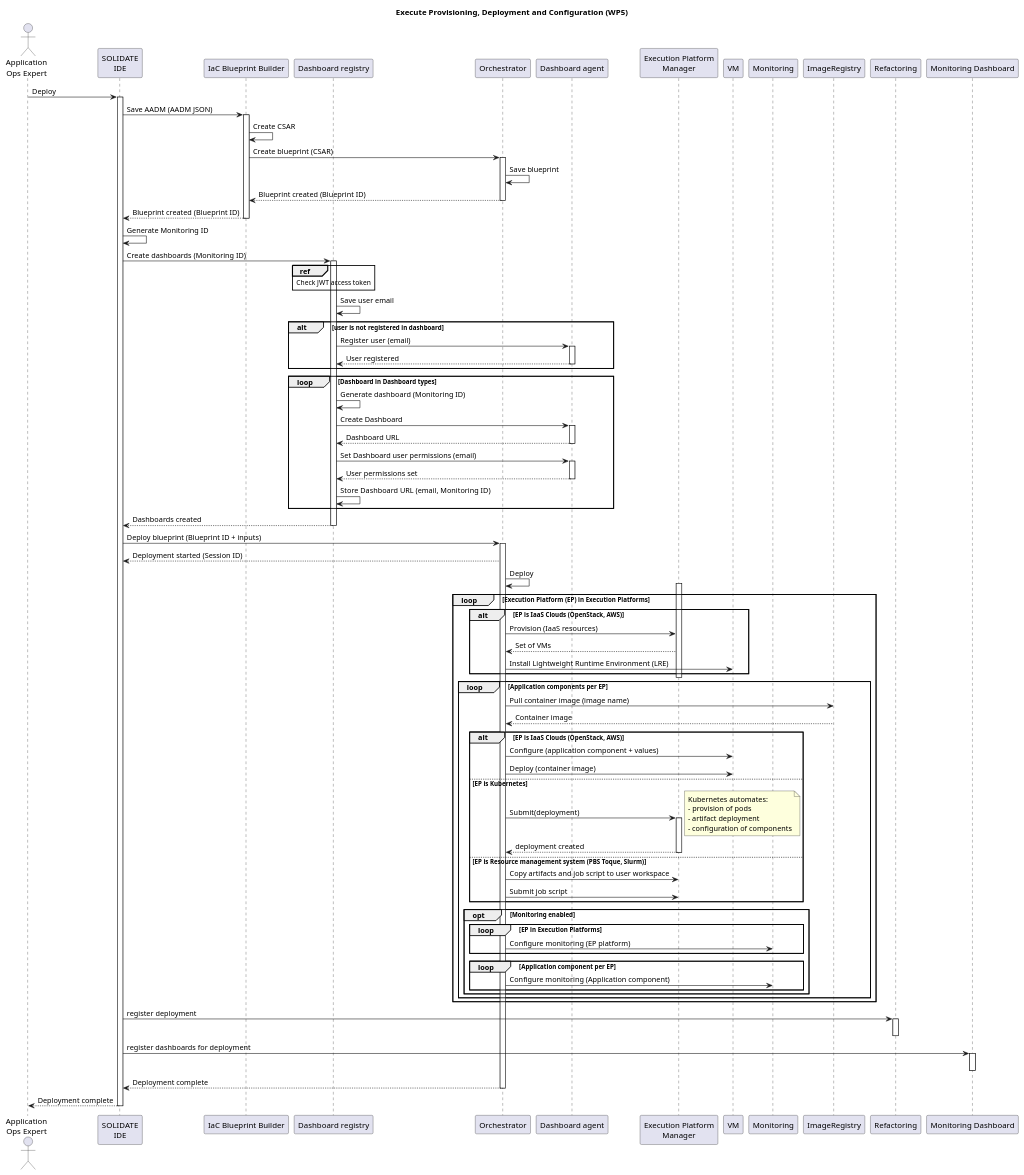
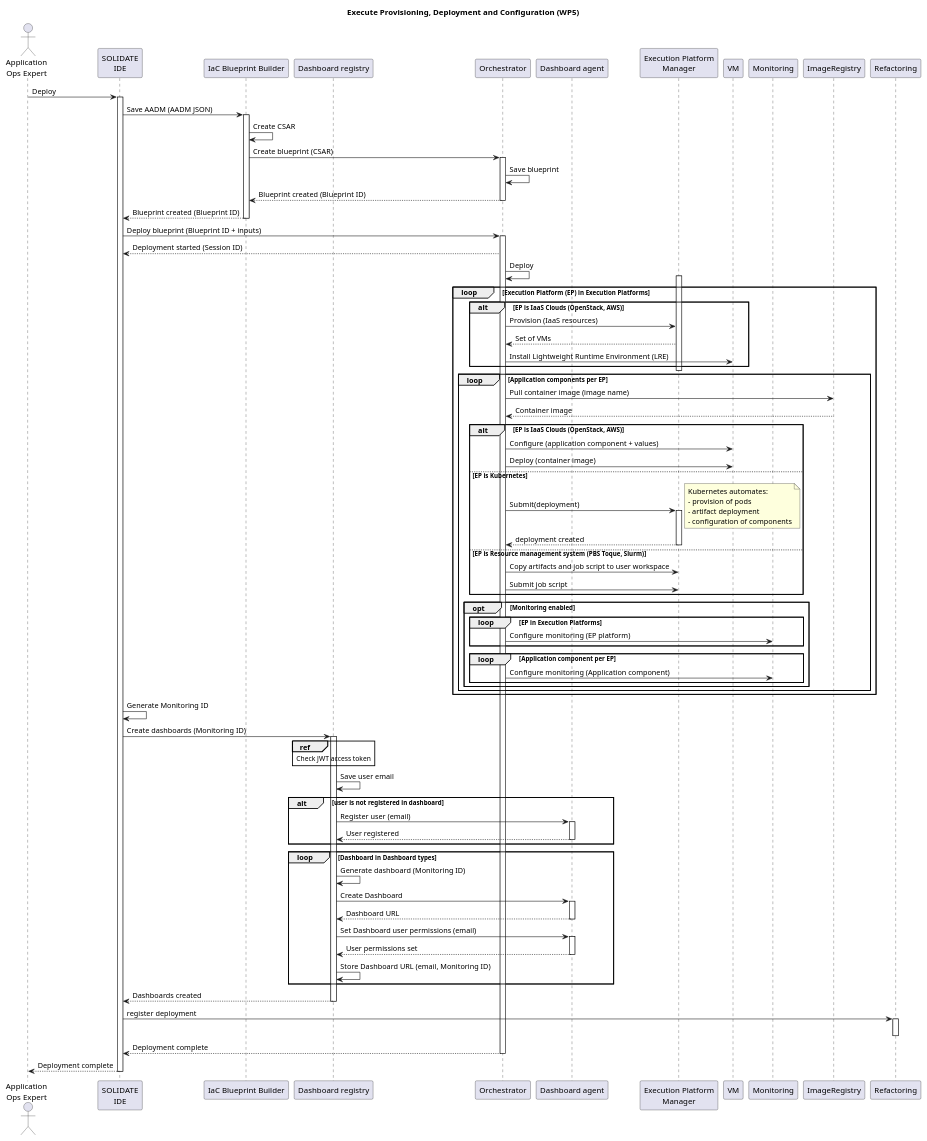
Before and after one commit to SODALITE-EU/project-wide-documentation: the diagram in uml/sequence-diagrams/UC-06-ExecuteProvisioningDeploymentAndConfiguration-WP5.puml, drawn with PlantUML.

Commit message:
d2.3: UC6 workflow updated

```diff
--- a/uml/sequence-diagrams/UC-06-ExecuteProvisioningDeploymentAndConfiguration-WP5.puml
+++ b/uml/sequence-diagrams/UC-06-ExecuteProvisioningDeploymentAndConfiguration-WP5.puml
@@ -1,125 +1,121 @@
 @startuml
 
 title Execute Provisioning, Deployment and Configuration (WP5)
 
 actor "Application\nOps Expert" as ops
 participant "SOLIDATE\nIDE" as ide
 participant "IaC Blueprint Builder" as builder
 participant "Dashboard registry" as registry
 participant  Orchestrator as orch
 participant "Dashboard agent" as dash
 participant "Execution Platform\nManager" as res
 participant "VM" as VM
 participant "Monitoring" as mon
 participant "ImageRegistry" as imagereg
 participant "Refactoring" as refact
-participant "Monitoring Dashboard" as mon_dash
-
 
 ops->ide: Deploy
 activate ide
 ide->builder: Save AADM (AADM JSON)
 activate builder
 builder->builder: Create CSAR
 builder->orch: Create blueprint (CSAR)
 activate orch
 orch->orch: Save blueprint
 orch-->builder: Blueprint created (Blueprint ID)
 deactivate orch
 builder-->ide: Blueprint created (Blueprint ID)
 deactivate builder
-ide -> ide: Generate Monitoring ID
-ide -> registry: Create dashboards (Monitoring ID)
-activate registry
-ref over registry: Check JWT access token
-registry -> registry: Save user email
 
-alt user is not registered in dashboard
-	    registry -> dash: Register user (email)
-	    activate dash
-	    dash --> registry: User registered
-	    deactivate dash
-end
-
-loop Dashboard in Dashboard types
-	registry -> registry: Generate dashboard (Monitoring ID)
-	registry -> dash: Create Dashboard
-	activate dash
-	dash --> registry: Dashboard URL
-	deactivate dash
-	registry -> dash: Set Dashboard user permissions (email)
-	activate dash
-	dash --> registry: User permissions set
-	deactivate dash
-	registry -> registry: Store Dashboard URL (email, Monitoring ID)
-	
-end
-registry --> ide: Dashboards created
-deactivate registry
 ide->orch: Deploy blueprint (Blueprint ID + inputs)
 activate orch
 orch-->ide: Deployment started (Session ID)
 orch->orch: Deploy
 
 loop Execution Platform (EP) in Execution Platforms
 
   activate res
   alt EP is IaaS Clouds (OpenStack, AWS)
     orch->res: Provision (IaaS resources)
     res-->orch: Set of VMs
     orch->VM: Install Lightweight Runtime Environment (LRE)
   end
   deactivate res
 
   loop Application components per EP
 
     orch->imagereg: Pull container image (image name)
     imagereg-->orch: Container image
 
     alt EP is IaaS Clouds (OpenStack, AWS)
       orch->VM: Configure (application component + values)
       orch->VM: Deploy (container image)
     else EP is Kubernetes
       orch->res: Submit(deployment)
       activate res
         note right
           Kubernetes automates:
           - provision of pods
           - artifact deployment
           - configuration of components
         end note
         res-->orch: deployment created
       deactivate res
 
     else EP is Resource management system (PBS Toque, Slurm)
       orch->res: Copy artifacts and job script to user workspace
       orch->res: Submit job script
     end
 
     opt Monitoring enabled
       loop EP in Execution Platforms
       orch->mon: Configure monitoring (EP platform)
       end
       loop Application component per EP
       orch->mon: Configure monitoring (Application component)
       end
     end
 
   end
 end
 
+ide -> ide: Generate Monitoring ID
+ide -> registry: Create dashboards (Monitoring ID)
+activate registry
+ref over registry: Check JWT access token
+registry -> registry: Save user email
+
+alt user is not registered in dashboard
+	    registry -> dash: Register user (email)
+	    activate dash
+	    dash --> registry: User registered
+	    deactivate dash
+end
+
+loop Dashboard in Dashboard types
+	registry -> registry: Generate dashboard (Monitoring ID)
+	registry -> dash: Create Dashboard
+	activate dash
+	dash --> registry: Dashboard URL
+	deactivate dash
+	registry -> dash: Set Dashboard user permissions (email)
+	activate dash
+	dash --> registry: User permissions set
+	deactivate dash
+	registry -> registry: Store Dashboard URL (email, Monitoring ID)
+
+end
+registry --> ide: Dashboards created
+deactivate registry
+
 ide->refact: register deployment
 activate refact
 deactivate refact
-
-ide->mon_dash: register dashboards for deployment
-activate mon_dash
-deactivate mon_dash
 
 orch-->ide: Deployment complete
 deactivate orch
 ide-->ops: Deployment complete
 deactivate ide
 
 
 @enduml
```
